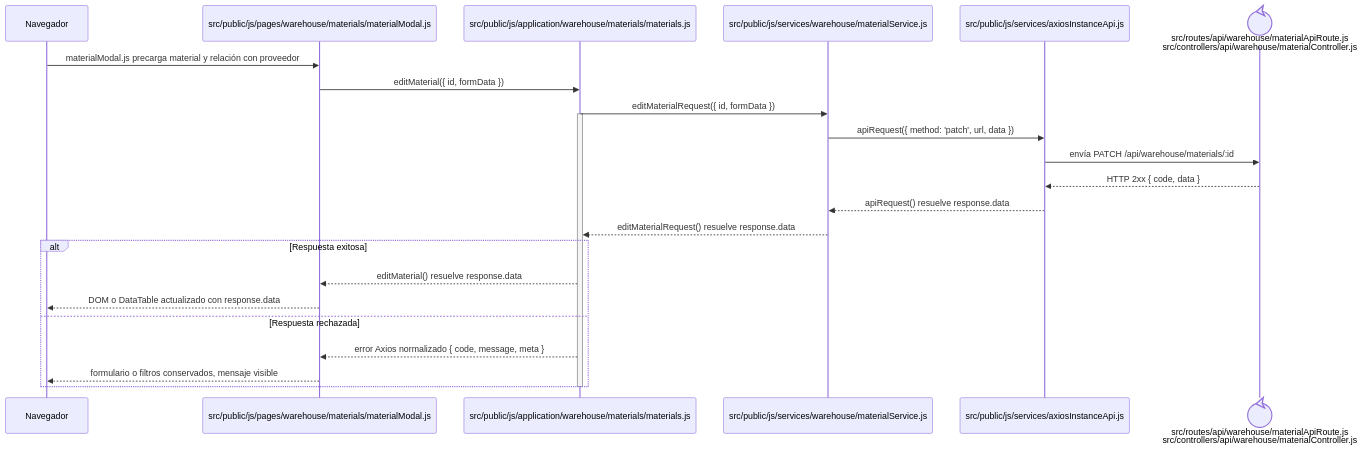
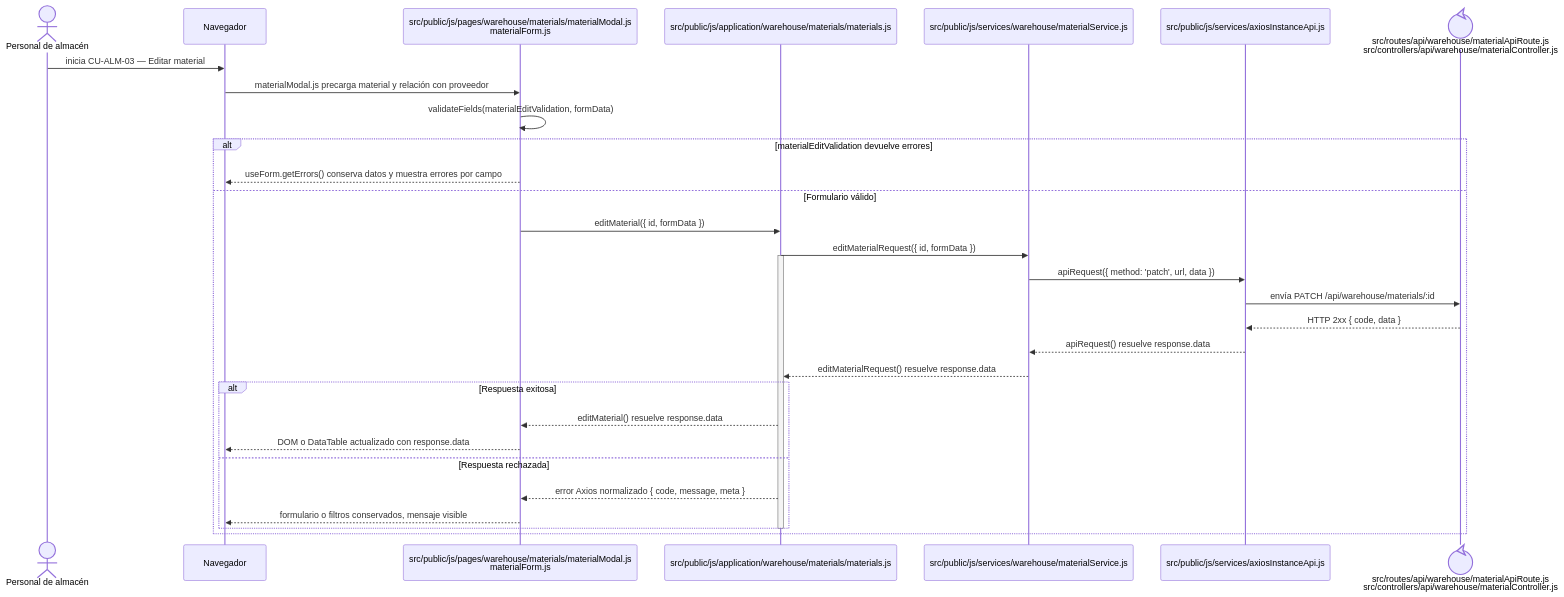
One commit to gpgsistemas01/nexus changed the diagram in docs/architecture/frontend-code-sequences/catalogs/cu-alm-03.md. Above: the diagram before and after it, drawn with Mermaid. The commit also changed 105 other files, not shown here.

````diff
--- a/docs/architecture/frontend-code-sequences/catalogs/cu-alm-03.md
+++ b/docs/architecture/frontend-code-sequences/catalogs/cu-alm-03.md
@@ -6,27 +6,34 @@
 ```mermaid
 sequenceDiagram
+    actor Initiator as Personal de almacén
     participant Browser as Navegador
-    participant View as src/public/js/pages/warehouse/materials/materialModal.js
+    participant View as src/public/js/pages/warehouse/materials/materialModal.js<br/>materialForm.js
     participant Application as src/public/js/application/warehouse/materials/materials.js
     participant Request as src/public/js/services/warehouse/materialService.js
     participant HTTP as src/public/js/services/axiosInstanceApi.js
     participant Transport@{ "type": "control" } as src/routes/api/warehouse/materialApiRoute.js<br/>src/controllers/api/warehouse/materialController.js
 
+    Initiator->>Browser: inicia CU-ALM-03 — Editar material
     Browser->>View: materialModal.js precarga material y relación con proveedor
-    View->>Application: editMaterial({ id, formData })
-    Application->>Request: editMaterialRequest({ id, formData })
-    activate Application
-    Request->>HTTP: apiRequest({ method: 'patch', url, data })
-    HTTP->>Transport: envía PATCH /api/warehouse/materials/:id
-    Transport-->>HTTP: HTTP 2xx { code, data }
-    HTTP-->>Request: apiRequest() resuelve response.data
-    Request-->>Application: editMaterialRequest() resuelve response.data
-    alt Respuesta exitosa
-        Application-->>View: editMaterial() resuelve response.data
-        View-->>Browser: DOM o DataTable actualizado con response.data
-    else Respuesta rechazada
-        Application-->>View: error Axios normalizado { code, message, meta }
-        View-->>Browser: formulario o filtros conservados, mensaje visible
+    View->>View: validateFields(materialEditValidation, formData)
+    alt materialEditValidation devuelve errores
+        View-->>Browser: useForm.getErrors() conserva datos y muestra errores por campo
+    else Formulario válido
+        View->>Application: editMaterial({ id, formData })
+        Application->>Request: editMaterialRequest({ id, formData })
+        activate Application
+        Request->>HTTP: apiRequest({ method: 'patch', url, data })
+        HTTP->>Transport: envía PATCH /api/warehouse/materials/:id
+        Transport-->>HTTP: HTTP 2xx { code, data }
+        HTTP-->>Request: apiRequest() resuelve response.data
+        Request-->>Application: editMaterialRequest() resuelve response.data
+        alt Respuesta exitosa
+            Application-->>View: editMaterial() resuelve response.data
+            View-->>Browser: DOM o DataTable actualizado con response.data
+        else Respuesta rechazada
+            Application-->>View: error Axios normalizado { code, message, meta }
+            View-->>Browser: formulario o filtros conservados, mensaje visible
+        end
+        deactivate Application
     end
-    deactivate Application
 ```
````
